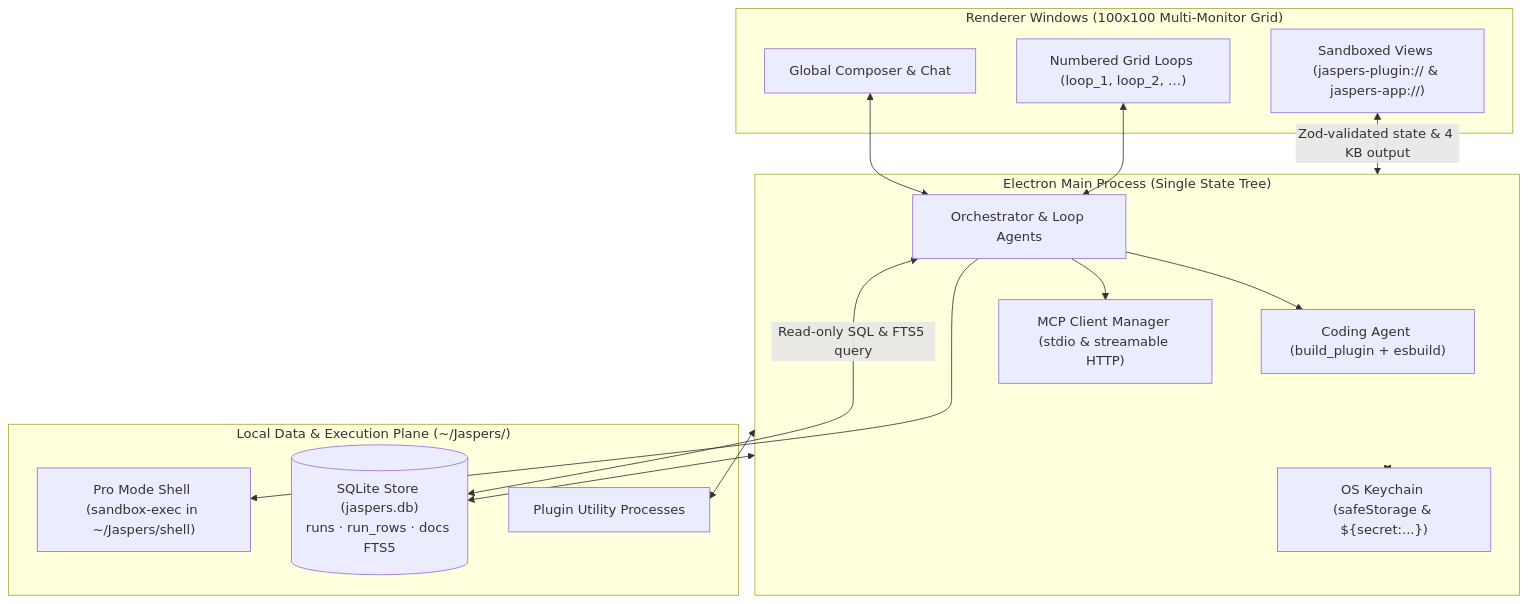
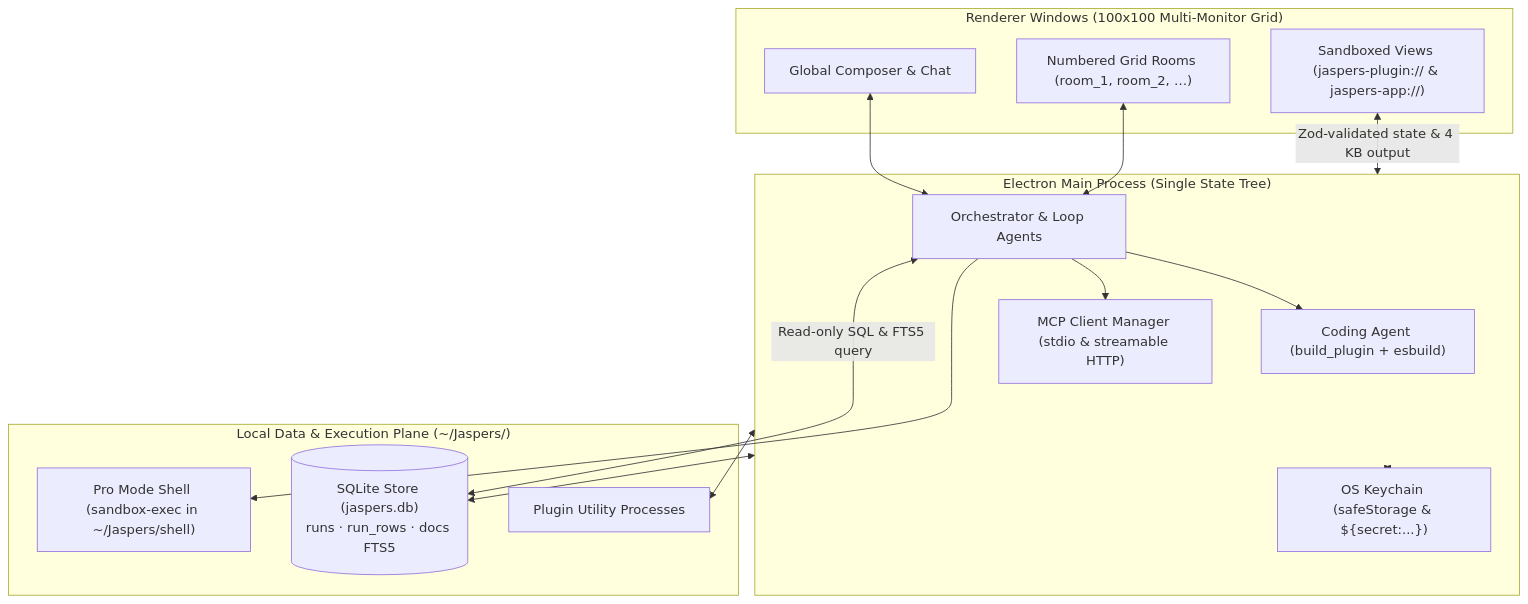
One commit to JaspersAI/terminal changed the diagram in README.md. Above: the diagram before and after it, drawn with Mermaid. The commit also changed other lines of this file and 2 other files, not shown here.

````diff
--- a/README.md
+++ b/README.md
@@ -90,32 +94,32 @@
 ```mermaid
 flowchart TB
   subgraph Renderer["Renderer Windows (100x100 Multi-Monitor Grid)"]
     Chat["Global Composer & Chat"]
-    Loops["Numbered Grid Loops (loop_1, loop_2, …)"]
+    Loops["Numbered Grid Rooms (room_1, room_2, …)"]
     Frames["Sandboxed Views (jaspers-plugin:// & jaspers-app://)"]
   end
 
   subgraph Main["Electron Main Process (Single State Tree)"]
     Orch["Orchestrator & Loop Agents"]
     Builder["Coding Agent (build_plugin + esbuild)"]
     MCP["MCP Client Manager (stdio & streamable HTTP)"]
     Keychain["OS Keychain (safeStorage & ${secret:...})"]
   end
 
   subgraph DataPlane["Local Data & Execution Plane (~/Jaspers/)"]
     SQLite[("SQLite Store (jaspers.db)<br/>runs · run_rows · docs FTS5")]
     Host["Plugin Utility Processes"]
     Sandbox["Pro Mode Shell (sandbox-exec in ~/Jaspers/shell)"]
   end
 
   Chat <--> Orch
   Loops <--> Orch
   Frames <-->|"Zod-validated state & 4 KB output"| Main
   Orch --> Builder
   Orch --> MCP
   Orch --> Sandbox
   Main <--> Keychain
   Main <--> Host
   Main <--> SQLite
   Orch <-->|"Read-only SQL & FTS5 query"| SQLite
 ```
````
